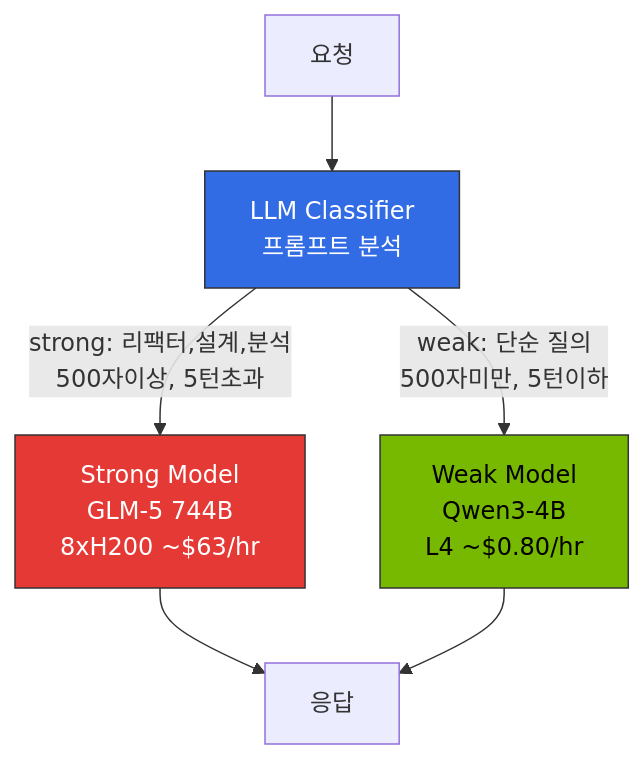
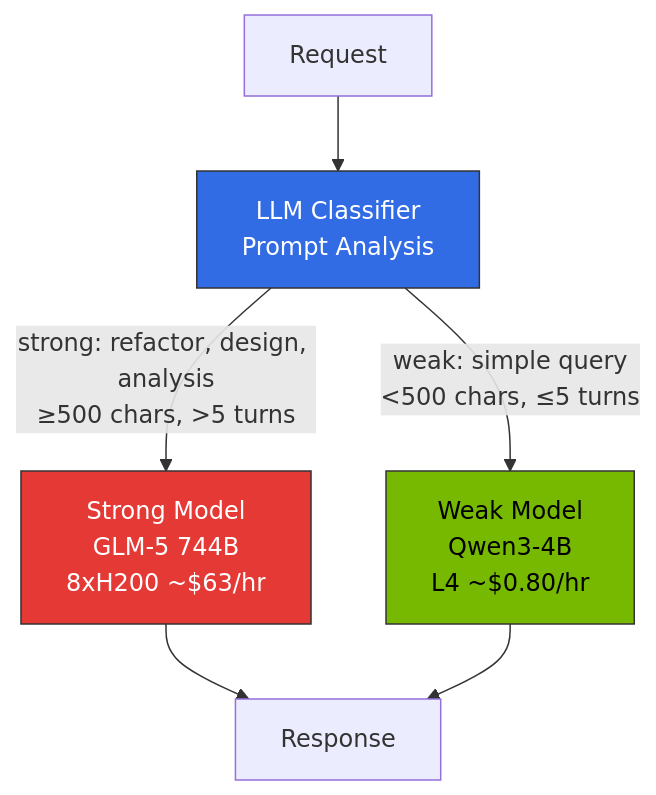
One commit to devfloor9/engineering-playbook changed the third of 3 diagrams in docs/agentic-ai-platform/model-serving/inference-routing/request-cascading.md. Above: the diagram before and after it, drawn with Mermaid. The commit also changed other lines of this file and 954 other files, not shown here.

````diff
--- a/docs/agentic-ai-platform/model-serving/inference-routing/request-cascading.md
+++ b/docs/agentic-ai-platform/model-serving/inference-routing/request-cascading.md
@@ -268,12 +271,12 @@
 ```mermaid
 graph TD
-    Req[요청] --> Router[LLM Classifier<br/>프롬프트 분석]
-    Router -->|strong: 리팩터,설계,분석<br/>500자이상, 5턴초과| LLM[Strong Model<br/>GLM-5 744B<br/>8xH200 ~$63/hr]
-    Router -->|weak: 단순 질의<br/>500자미만, 5턴이하| SLM[Weak Model<br/>Qwen3-4B<br/>L4 ~$0.80/hr]
-    LLM --> Resp[응답]
+    Req[Request] --> Router[LLM Classifier<br/>Prompt Analysis]
+    Router -->|strong: refactor, design, analysis<br/>≥500 chars, >5 turns| LLM[Strong Model<br/>GLM-5 744B<br/>8xH200 ~$63/hr]
+    Router -->|weak: simple query<br/><500 chars, ≤5 turns| SLM[Weak Model<br/>Qwen3-4B<br/>L4 ~$0.80/hr]
+    LLM --> Resp[Response]
     SLM --> Resp
 
     style Router fill:#326ce5,stroke:#333,color:#fff
     style LLM fill:#e53935,stroke:#333,color:#fff
     style SLM fill:#76b900,stroke:#333,color:#000
 ```
````
